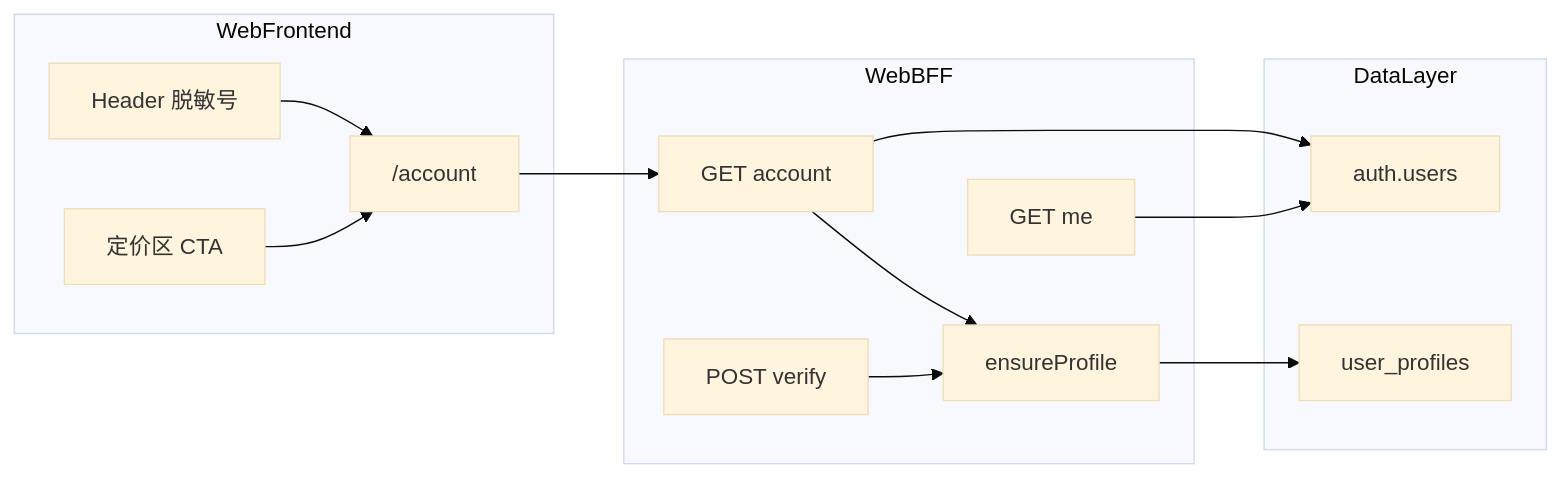
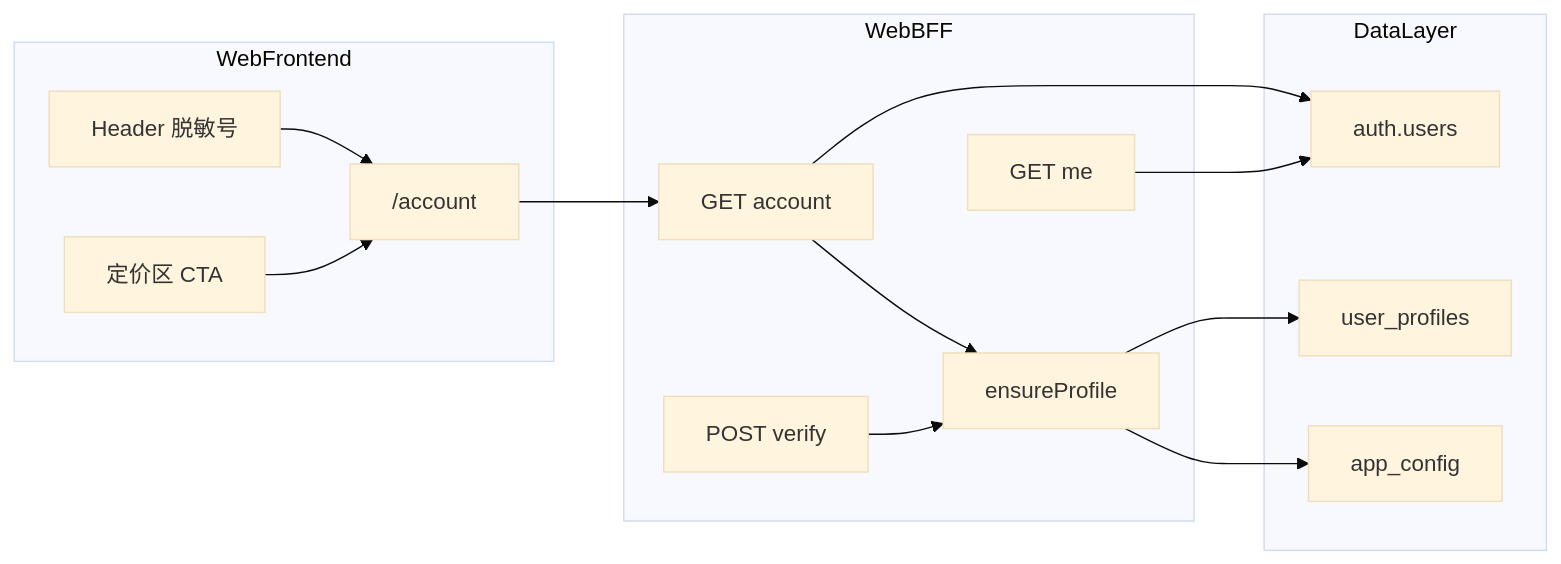
Before and after one commit to 0x00pluto/zhiying-media-assistant-web: the first of 5 diagrams in specs/prds/prd-00002-web-account-center-beta-entitlement.md, drawn with Mermaid (base theme). The commit also changed other lines of this file and 37 other files, not shown here.

````diff
--- a/specs/prds/prd-00002-web-account-center-beta-entitlement.md
+++ b/specs/prds/prd-00002-web-account-center-beta-entitlement.md
@@ -131,27 +132,29 @@
 ```mermaid
 flowchart LR
   subgraph web_client [WebFrontend]
     Pricing["定价区 CTA"]
     Header["Header 脱敏号"]
     AccountPage["/account"]
   end
   subgraph web_bff [WebBFF]
     Verify["POST verify"]
     Me["GET me"]
     Account["GET account"]
     Ensure["ensureProfile"]
   end
   subgraph data [DataLayer]
     AuthUsers["auth.users"]
     Profiles["user_profiles"]
+    AppConfig["app_config"]
   end
 
   Pricing --> AccountPage
   Header --> AccountPage
   AccountPage --> Account
   Verify --> Ensure
   Account --> Ensure
+  Ensure --> AppConfig
   Ensure --> Profiles
   Me --> AuthUsers
   Account --> AuthUsers
 ```
````
